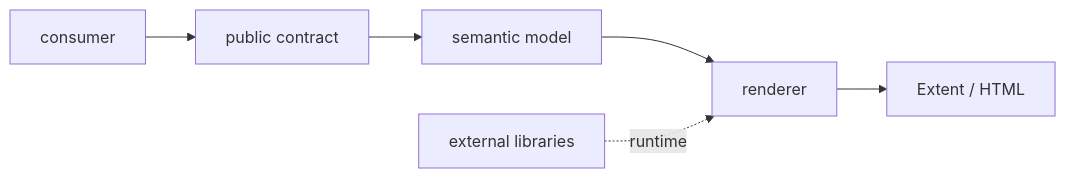
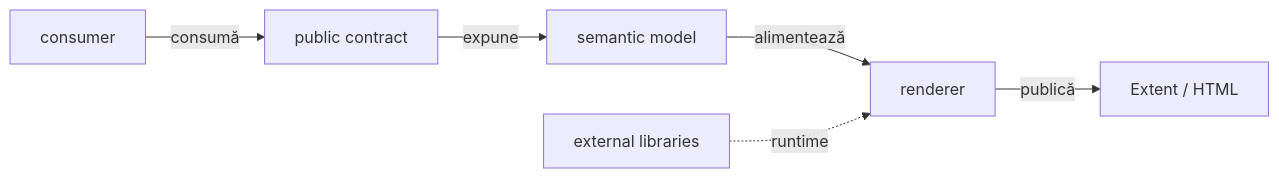
The first of 3 diagrams in atf-reporting/README.md (crististefanita/demo2), drawn with Mermaid before and after one commit. The commit also changed other lines of this file and 102 other files, not shown here.

````diff
--- a/atf-reporting/README.md
+++ b/atf-reporting/README.md
@@ -26,8 +26,8 @@
 ```mermaid
 flowchart LR
-    Consumer[consumer] --> Contract[public contract]
-    Contract --> Model[semantic model]
-    Model --> Renderer[renderer]
-    Renderer --> Artifact[Extent / HTML]
+    Consumer[consumer] -->|consumă| Contract[public contract]
+    Contract -->|expune| Model[semantic model]
+    Model -->|alimentează| Renderer[renderer]
+    Renderer -->|publică| Artifact[Extent / HTML]
     Vendor[external libraries] -. runtime .-> Renderer
 ```
````
